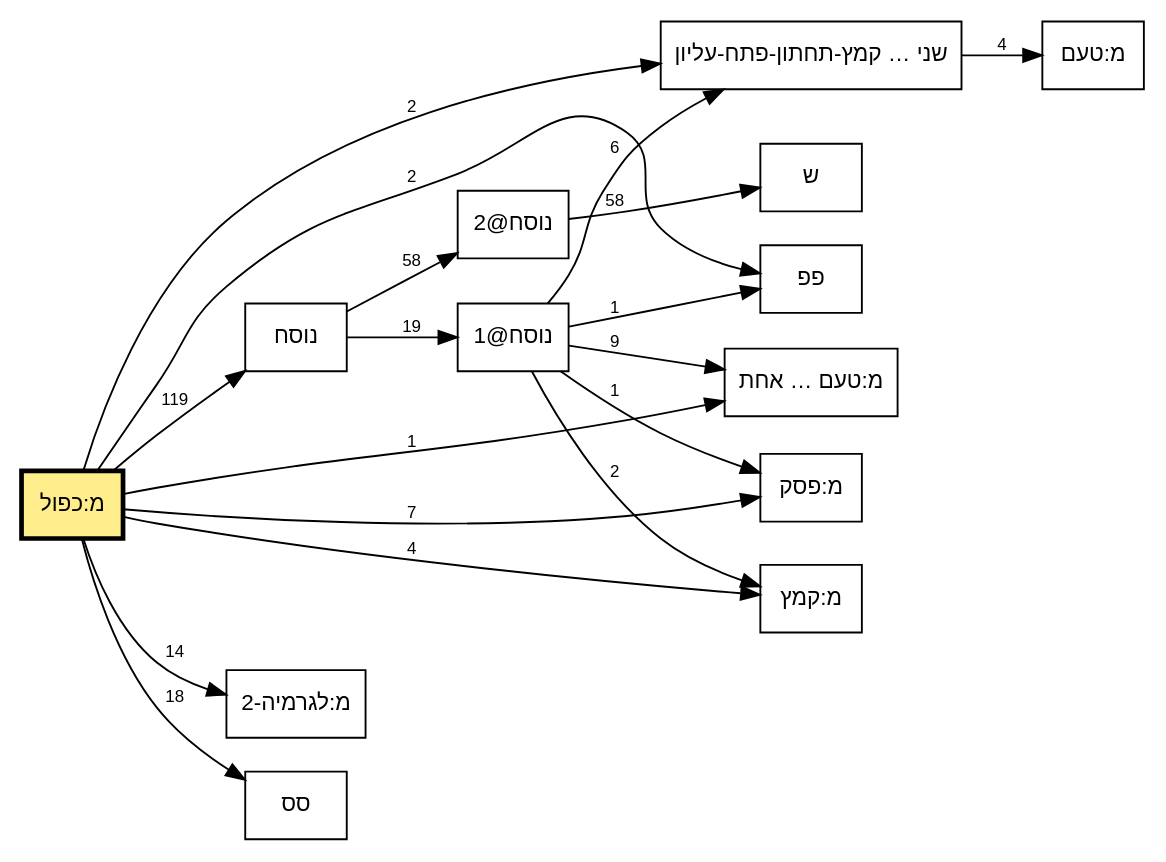
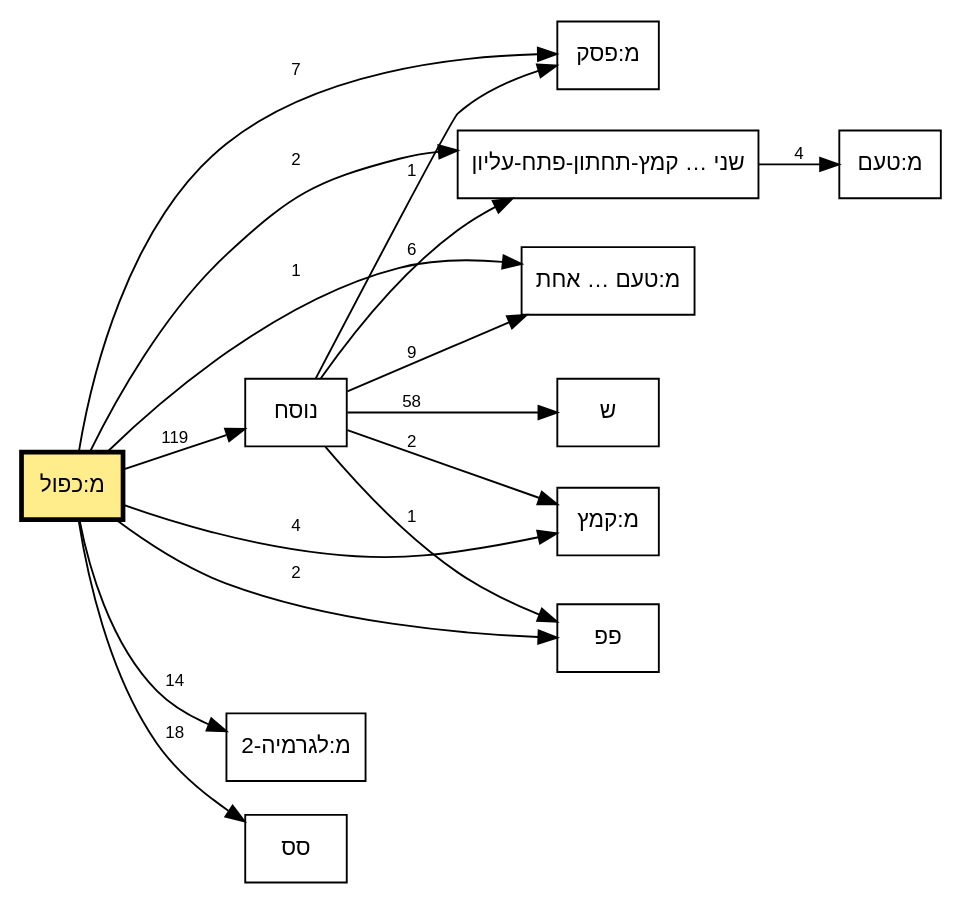
One commit to bdenckla/MAM-basics changed the diagram in out/tmpl-survey-plain/plain-dualcant-call-graph.dot. Above: the diagram before and after it, drawn with Graphviz. The commit also changed 22 other files, not shown here.

```diff
--- a/out/tmpl-survey-plain/plain-dualcant-call-graph.dot
+++ b/out/tmpl-survey-plain/plain-dualcant-call-graph.dot
@@ -1,33 +1,31 @@
 // This file was generated by MAM-basics/py/main_tmpl_survey.py.
 // Do not edit by hand.
 digraph template_call_graph {
     rankdir=LR;
     node [fontname="SBL Hebrew,Helvetica", fontsize=12];
     edge [fontname="Helvetica", fontsize=9];
     graph [comment="This file was generated by MAM-basics/py/main_tmpl_survey.py."];
 
     // Template nodes
     node [shape=box, style=""];
     "מ:טעם ומתג באות אחת" [label="מ:טעם … אחת", tooltip="מ:טעם ומתג באות אחת"];
     "מ:כפול" [fillcolor="lightgoldenrod1", style="filled", penwidth=2.5];
     "שני טעמים באות אחת קמץ-תחתון-פתח-עליון" [label="שני … קמץ-תחתון-פתח-עליון", tooltip="שני טעמים באות אחת קמץ-תחתון-פתח-עליון"];
 
     // Edges
     "מ:כפול" -> "מ:טעם ומתג באות אחת" [label="1"];
     "מ:כפול" -> "מ:לגרמיה-2" [label="14"];
     "מ:כפול" -> "מ:פסק" [label="7"];
     "מ:כפול" -> "מ:קמץ" [label="4"];
     "מ:כפול" -> "נוסח" [label="119"];
     "מ:כפול" -> "סס" [label="18"];
     "מ:כפול" -> "פפ" [label="2"];
     "מ:כפול" -> "שני טעמים באות אחת קמץ-תחתון-פתח-עליון" [label="2"];
-    "נוסח" -> "נוסח@1" [label="19"];
-    "נוסח" -> "נוסח@2" [label="58"];
-    "נוסח@1" -> "מ:טעם ומתג באות אחת" [label="9"];
-    "נוסח@1" -> "מ:פסק" [label="1"];
-    "נוסח@1" -> "מ:קמץ" [label="2"];
-    "נוסח@1" -> "פפ" [label="1"];
-    "נוסח@1" -> "שני טעמים באות אחת קמץ-תחתון-פתח-עליון" [label="6"];
-    "נוסח@2" -> "ש" [label="58"];
+    "נוסח" -> "מ:טעם ומתג באות אחת" [label="9"];
+    "נוסח" -> "מ:פסק" [label="1"];
+    "נוסח" -> "מ:קמץ" [label="2"];
+    "נוסח" -> "פפ" [label="1"];
+    "נוסח" -> "ש" [label="58"];
+    "נוסח" -> "שני טעמים באות אחת קמץ-תחתון-פתח-עליון" [label="6"];
     "שני טעמים באות אחת קמץ-תחתון-פתח-עליון" -> "מ:טעם" [label="4"];
 }
```
